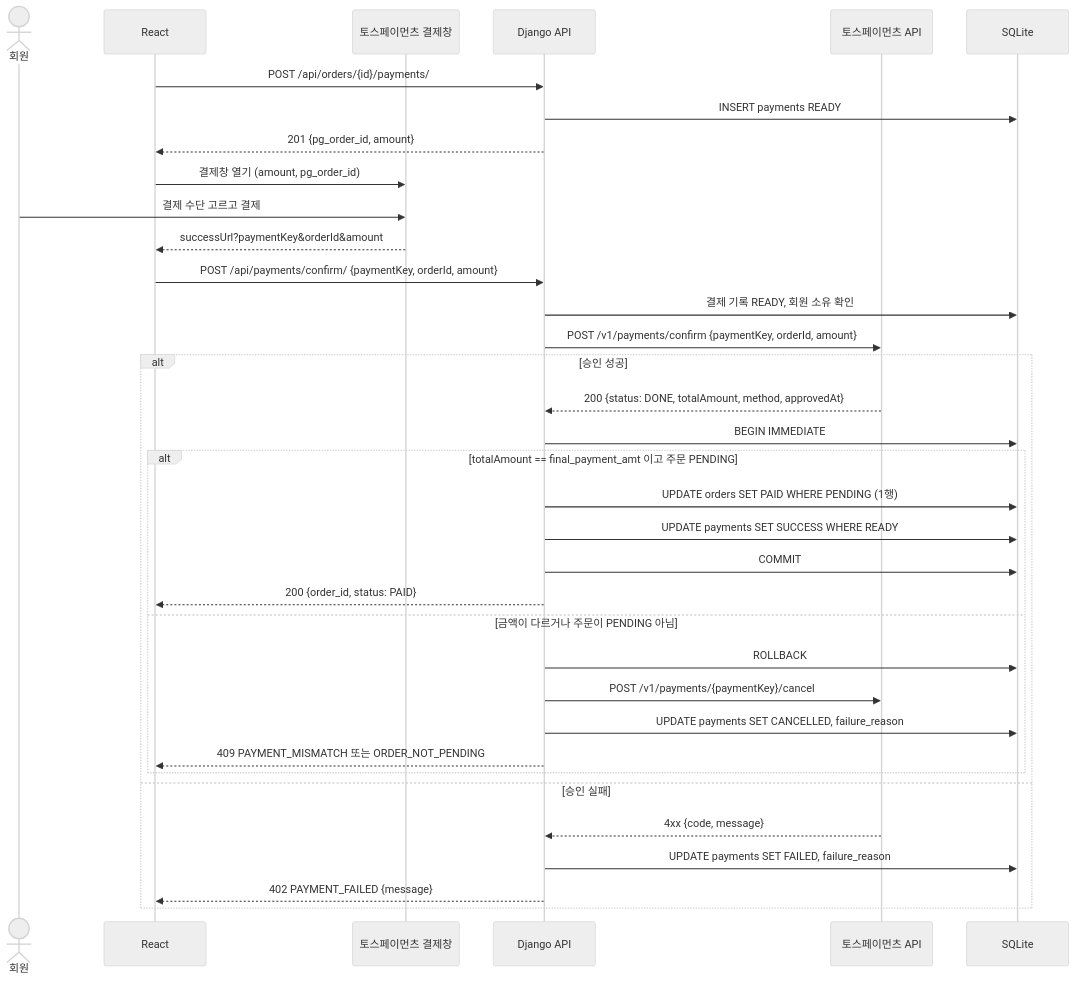
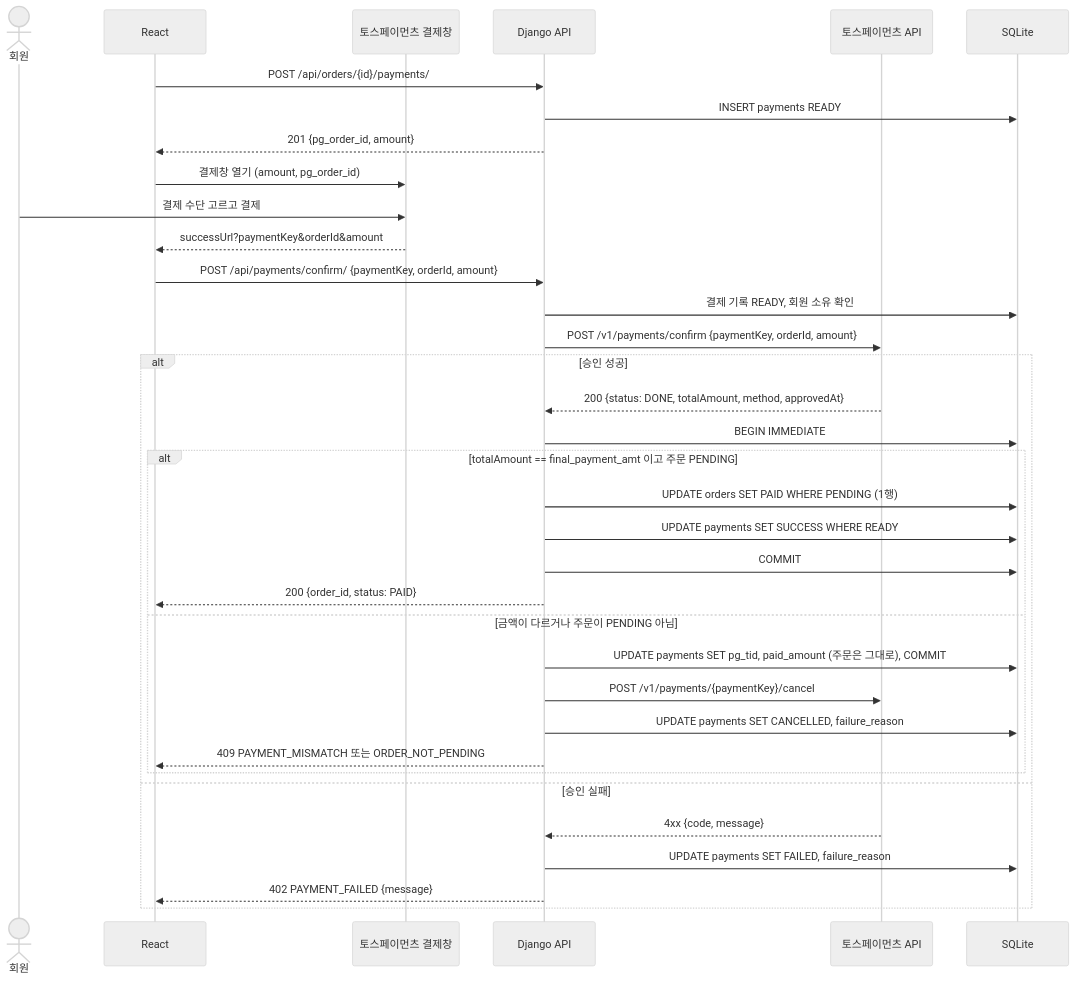
Before and after one commit to seren-wib/coffee-shop: the second of 2 diagrams in docs/specs/sdd/4-components/6-payments.md, drawn with Mermaid (neutral theme). The commit also changed other lines of this file and 14 other files, not shown here.

````diff
--- a/docs/specs/sdd/4-components/6-payments.md
+++ b/docs/specs/sdd/4-components/6-payments.md
@@ -52,37 +52,37 @@
 ```mermaid
 sequenceDiagram
   actor M as 회원
   participant UI as React
   participant TP as 토스페이먼츠 결제창
   participant API as Django API
   participant PGAPI as 토스페이먼츠 API
   participant DB as SQLite
   UI->>API: POST /api/orders/{id}/payments/
   API->>DB: INSERT payments READY
   API-->>UI: 201 {pg_order_id, amount}
   UI->>TP: 결제창 열기 (amount, pg_order_id)
   M->>TP: 결제 수단 고르고 결제
   TP-->>UI: successUrl?paymentKey&orderId&amount
   UI->>API: POST /api/payments/confirm/ {paymentKey, orderId, amount}
   API->>DB: 결제 기록 READY, 회원 소유 확인
   API->>PGAPI: POST /v1/payments/confirm {paymentKey, orderId, amount}
   alt 승인 성공
     PGAPI-->>API: 200 {status: DONE, totalAmount, method, approvedAt}
     API->>DB: BEGIN IMMEDIATE
     alt totalAmount == final_payment_amt 이고 주문 PENDING
       API->>DB: UPDATE orders SET PAID WHERE PENDING (1행)
       API->>DB: UPDATE payments SET SUCCESS WHERE READY
       API->>DB: COMMIT
       API-->>UI: 200 {order_id, status: PAID}
     else 금액이 다르거나 주문이 PENDING 아님
-      API->>DB: ROLLBACK
+      API->>DB: UPDATE payments SET pg_tid, paid_amount (주문은 그대로), COMMIT
       API->>PGAPI: POST /v1/payments/{paymentKey}/cancel
       API->>DB: UPDATE payments SET CANCELLED, failure_reason
       API-->>UI: 409 PAYMENT_MISMATCH 또는 ORDER_NOT_PENDING
     end
   else 승인 실패
     PGAPI-->>API: 4xx {code, message}
     API->>DB: UPDATE payments SET FAILED, failure_reason
     API-->>UI: 402 PAYMENT_FAILED {message}
   end
 ```
````
